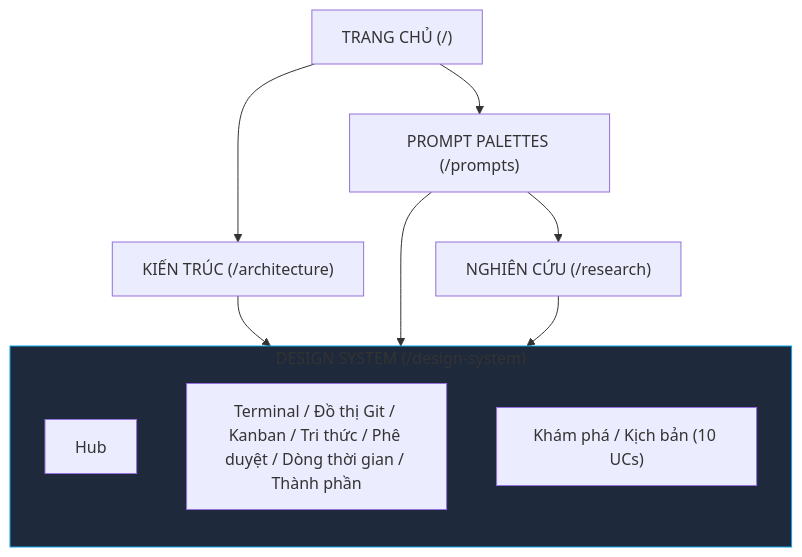
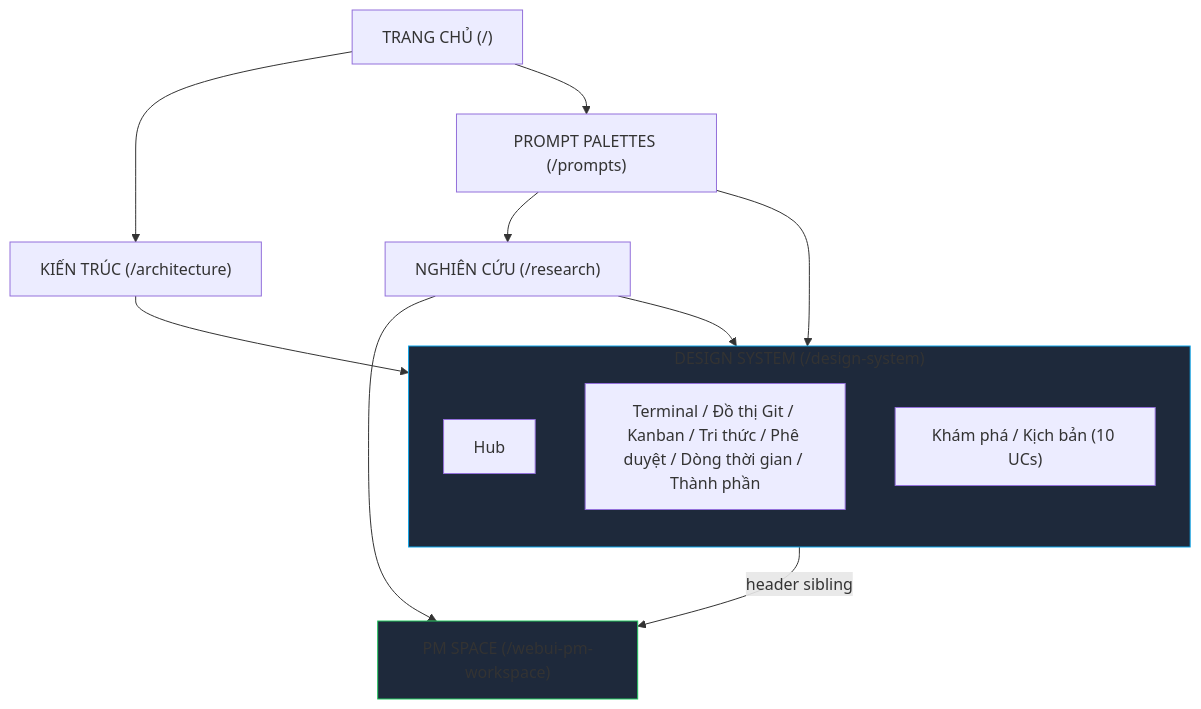
Before and after one commit to duyhunghd6/gmind: diagram 12 of 13 in docs/PRDs/apps-website/PRD-00-Website-Structure.md, drawn with Mermaid. The commit also changed other lines of this file and 5 other files, not shown here.

First line of the commit message:
feat(website): add PM Space header route

````diff
--- a/docs/PRDs/apps-website/PRD-00-Website-Structure.md
+++ b/docs/PRDs/apps-website/PRD-00-Website-Structure.md
@@ -564,23 +576,27 @@
 ```mermaid
 graph TD
     Home["TRANG CHỦ (/)"]
     Arch["KIẾN TRÚC (/architecture)"]
     Prompts["PROMPT PALETTES (/prompts)"]
     Research["NGHIÊN CỨU (/research)"]
+    PMSpace["PM SPACE (/webui-pm-workspace)"]
     
     subgraph DS["DESIGN SYSTEM (/design-system)"]
         direction TB
         DS_Hub["Hub"]
         DS_Sub1["Terminal / Đồ thị Git / Kanban / Tri thức / Phê duyệt / Dòng thời gian / Thành phần"]
         DS_Sub2["Khám phá / Kịch bản (10 UCs)"]
     end
 
     Home --> Arch
     Home --> Prompts
     Arch --> DS
     Prompts --> Research
     Prompts --> DS
     Research --> DS
+    DS -->|header sibling| PMSpace
+    Research --> PMSpace
 
     style DS fill:#1e293b,stroke:#0ea5e9,stroke-width:1px
+    style PMSpace fill:#1e293b,stroke:#22c55e,stroke-width:1px
 ```
````
